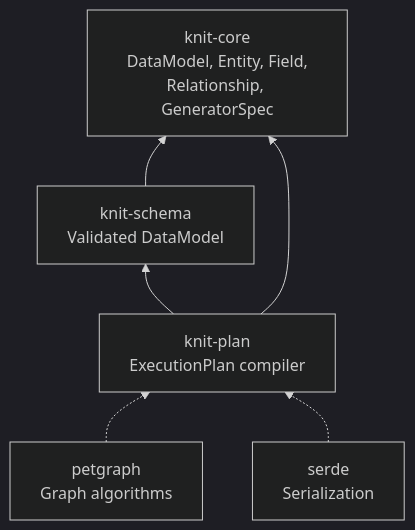
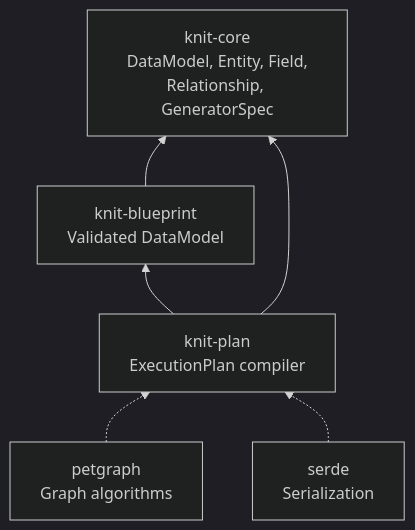
Before and after one commit to Yaming-Hub/knit: the second of 10 diagrams in docs/design-plan.md, drawn with Mermaid (dark theme). The commit also changed other lines of this file and 99 other files, not shown here.

First line of the commit message:
refactor: rename 'schema' to 'blueprint' throughout codebase (#235)

````diff
--- a/docs/design-plan.md
+++ b/docs/design-plan.md
@@ -87,9 +87,9 @@
 ```mermaid
 flowchart BT
     core[knit-core\nDataModel, Entity, Field,\nRelationship, GeneratorSpec]
-    schema[knit-schema\nValidated DataModel] --> core
+    blueprint[knit-blueprint\nValidated DataModel] --> core
     plan[knit-plan\nExecutionPlan compiler] --> core
-    plan --> schema
+    plan --> blueprint
     petgraph[petgraph\nGraph algorithms] -.-> plan
     serde[serde\nSerialization] -.-> plan
 ```
````
